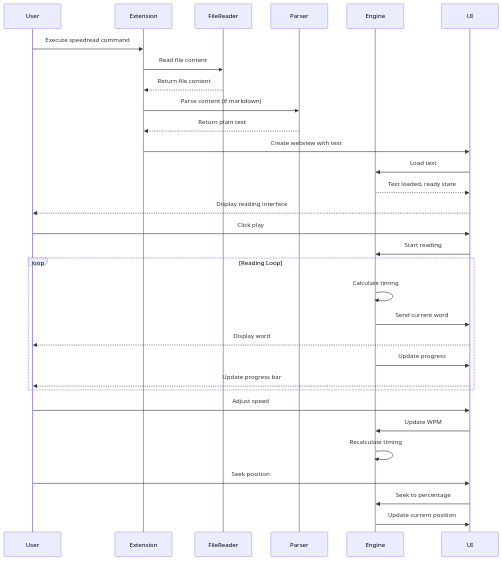
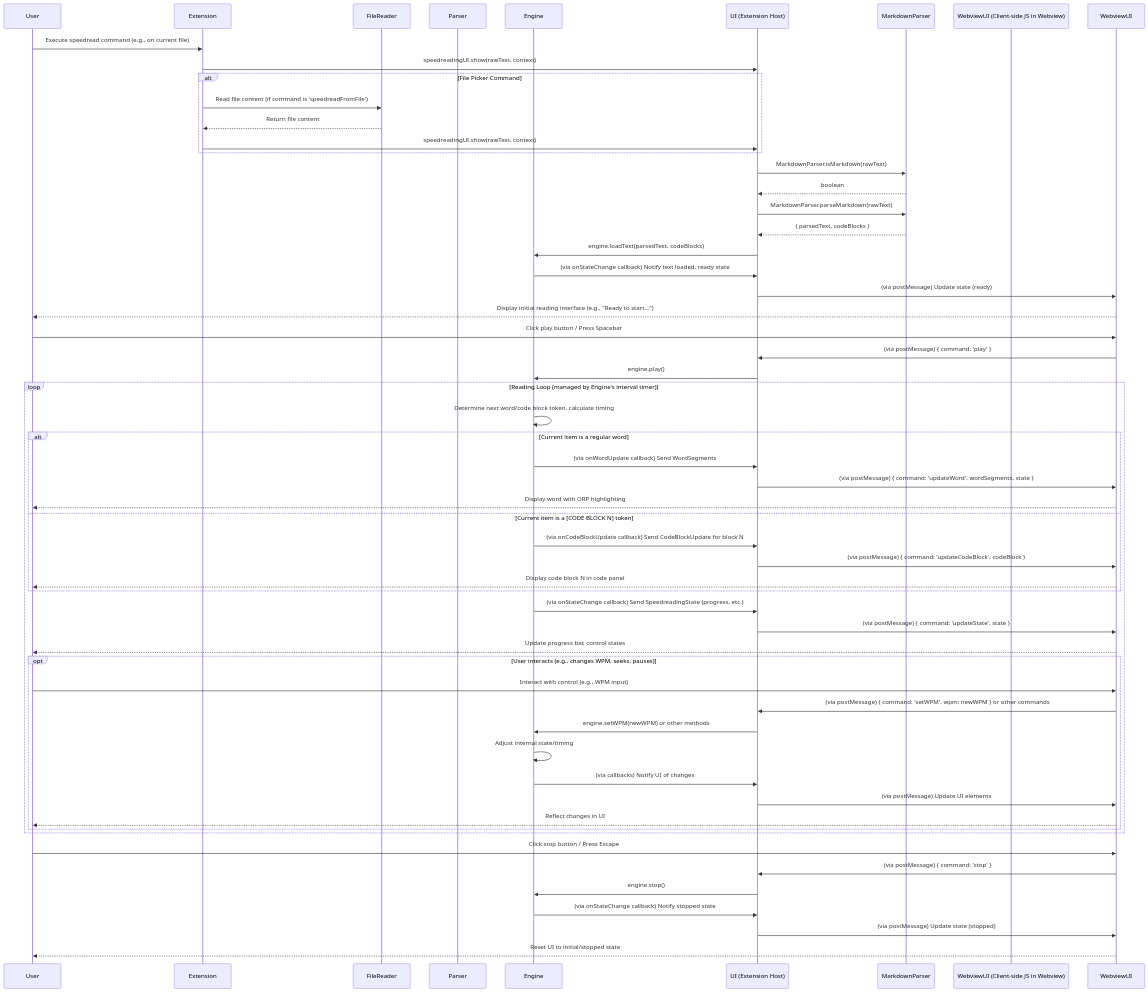
One commit to GabriellCVig/vscode-markdown-speedreader changed the second of 2 diagrams in system_design_document.md. Above: the diagram before and after it, drawn with Mermaid. The commit also changed other lines of this file and 2 other files, not shown here.

````diff
--- a/system_design_document.md
+++ b/system_design_document.md
@@ -157,37 +192,70 @@
 ```mermaid
 sequenceDiagram
     participant User
     participant Extension
     participant FileReader
     participant Parser
     participant Engine
-    participant UI
+    participant UI (Extension Host)
+    participant MarkdownParser
+    participant Engine
+    participant WebviewUI (Client-side JS in Webview)
     
-    User->>Extension: Execute speedread command
-    Extension->>FileReader: Read file content
-    FileReader-->>Extension: Return file content
-    Extension->>Parser: Parse content (if markdown)
-    Parser-->>Extension: Return plain text
-    Extension->>UI: Create webview with text
-    UI->>Engine: Load text
-    Engine-->>UI: Text loaded, ready state
-    UI-->>User: Display reading interface
+    User->>Extension: Execute speedread command (e.g., on current file)
+    Extension->>UI (Extension Host): speedreadingUI.show(rawText, context)
     
-    User->>UI: Click play
-    UI->>Engine: Start reading
-    loop Reading Loop
-        Engine->>Engine: Calculate timing
-        Engine->>UI: Send current word
-        UI-->>User: Display word
-        Engine->>UI: Update progress
-        UI-->>User: Update progress bar
+    alt File Picker Command
+        Extension->>FileReader: Read file content (if command is 'speedreadFromFile')
+        FileReader-->>Extension: Return file content
+        Extension->>UI (Extension Host): speedreadingUI.show(rawText, context)
+    end
+
+    UI (Extension Host)->>MarkdownParser: MarkdownParser.isMarkdown(rawText)
+    MarkdownParser-->>UI (Extension Host): boolean
+    UI (Extension Host)->>MarkdownParser: MarkdownParser.parseMarkdown(rawText)
+    MarkdownParser-->>UI (Extension Host): { parsedText, codeBlocks }
+    
+    UI (Extension Host)->>Engine: engine.loadText(parsedText, codeBlocks)
+    Engine->>UI (Extension Host): (via onStateChange callback) Notify text loaded, ready state
+    UI (Extension Host)->>WebviewUI: (via postMessage) Update state (ready)
+    WebviewUI-->>User: Display initial reading interface (e.g., "Ready to start...")
+    
+    User->>WebviewUI: Click play button / Press Spacebar
+    WebviewUI->>UI (Extension Host): (via postMessage) { command: 'play' }
+    UI (Extension Host)->>Engine: engine.play()
+    
+    loop Reading Loop (managed by Engine's interval timer)
+        Engine->>Engine: Determine next word/code block token, calculate timing
+        
+        alt Current item is a regular word
+            Engine->>UI (Extension Host): (via onWordUpdate callback) Send WordSegments
+            UI (Extension Host)->>WebviewUI: (via postMessage) { command: 'updateWord', wordSegments, state }
+            WebviewUI-->>User: Display word with ORP highlighting
+        else Current item is a [CODE BLOCK N] token
+            Engine->>UI (Extension Host): (via onCodeBlockUpdate callback) Send CodeBlockUpdate for block N
+            UI (Extension Host)->>WebviewUI: (via postMessage) { command: 'updateCodeBlock', codeBlock }
+            WebviewUI-->>User: Display code block N in code panel
+        end
+        
+        Engine->>UI (Extension Host): (via onStateChange callback) Send SpeedreadingState (progress, etc.)
+        UI (Extension Host)->>WebviewUI: (via postMessage) { command: 'updateState', state }
+        WebviewUI-->>User: Update progress bar, control states
+        
+        opt User interacts (e.g., changes WPM, seeks, pauses)
+            User->>WebviewUI: Interact with control (e.g., WPM input)
+            WebviewUI->>UI (Extension Host): (via postMessage) { command: 'setWPM', wpm: newWPM } or other commands
+            UI (Extension Host)->>Engine: engine.setWPM(newWPM) or other methods
+            Engine->>Engine: Adjust internal state/timing
+            Engine->>UI (Extension Host): (via callbacks) Notify UI of changes
+            UI (Extension Host)->>WebviewUI: (via postMessage) Update UI elements
+            WebviewUI-->>User: Reflect changes in UI
+        end
     end
     
-    User->>UI: Adjust speed
-    UI->>Engine: Update WPM
-    Engine->>Engine: Recalculate timing
-    
-    User->>UI: Seek position
-    UI->>Engine: Seek to percentage
-    Engine->>UI: Update current position
+    User->>WebviewUI: Click stop button / Press Escape
+    WebviewUI->>UI (Extension Host): (via postMessage) { command: 'stop' }
+    UI (Extension Host)->>Engine: engine.stop()
+    Engine->>UI (Extension Host): (via onStateChange callback) Notify stopped state
+    UI (Extension Host)->>WebviewUI: (via postMessage) Update state (stopped)
+    WebviewUI-->>User: Reset UI to initial/stopped state
 ```
````
